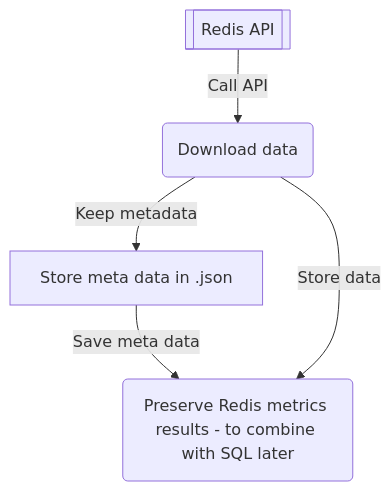
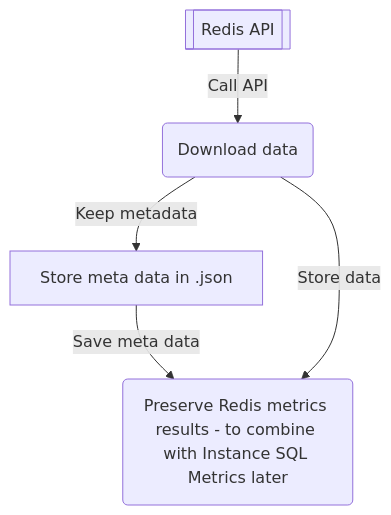
One commit to fdileta/gitlab-dbt-project changed the second of 3 diagrams in extract/saas_usage_ping/README.md. Above: the diagram before and after it, drawn with Mermaid. The commit also changed other lines of this file, not shown here.

````diff
--- a/extract/saas_usage_ping/README.md
+++ b/extract/saas_usage_ping/README.md
@@ -69,7 +69,7 @@
 ```mermaid
 graph TD;
   SP_API[[Redis API]]--Call API-->DNLD(Download data);
   DNLD--Keep metadata-->MTD[Store meta data in .json];
   MTD--Save meta data-->FIN_RAW;
-  DNLD--Store data-->FIN_RAW(Preserve Redis metrics results - to combine with SQL later);
+  DNLD--Store data-->FIN_RAW(Preserve Redis metrics results - to combine with Instance SQL Metrics later);
 ```
````
